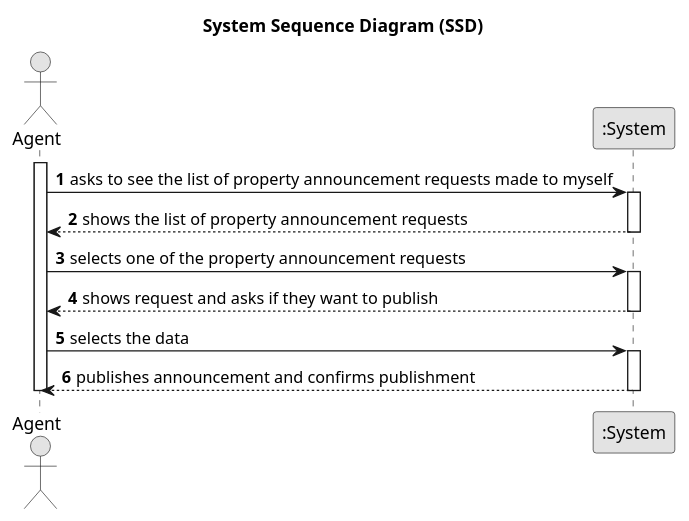
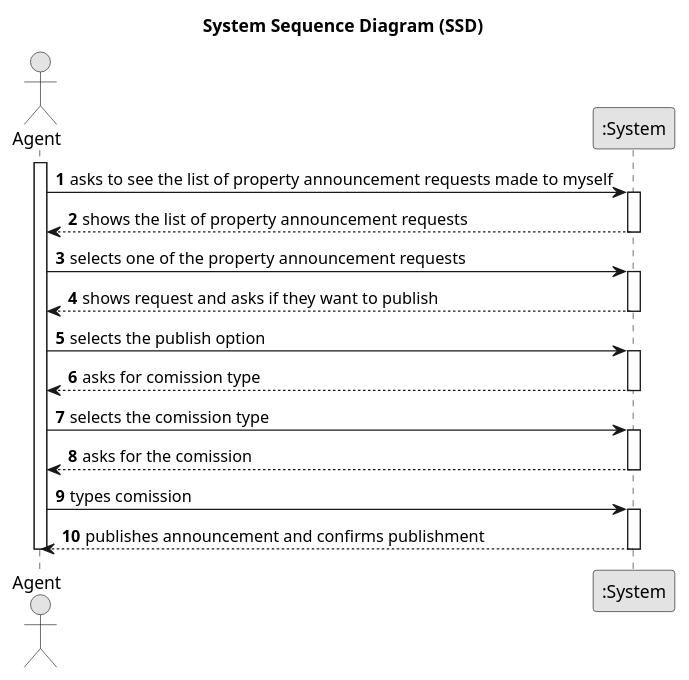
One commit to 1220812/LAPR2 changed the diagram in docs/sprintC/us008/01.requirements-engineering/puml/us008-system-sequence-diagram.puml. Above: the diagram before and after it, drawn with PlantUML. The commit also changed 6 other files, not shown here.

```diff
--- a/docs/sprintC/us008/01.requirements-engineering/puml/us008-system-sequence-diagram.puml
+++ b/docs/sprintC/us008/01.requirements-engineering/puml/us008-system-sequence-diagram.puml
@@ -1,41 +1,57 @@
 @startuml
 skinparam monochrome true
 skinparam packageStyle rectangle
 skinparam shadowing false
 
 title System Sequence Diagram (SSD)
 
 autonumber
 
 actor "Agent" as Agent
 participant ":System" as System
 
 activate Agent
 
     Agent -> System : asks to see the list of property announcement requests made to myself
 
     activate System
 
         System --> Agent : shows the list of property announcement requests
 
     deactivate System
 
     Agent -> System : selects one of the property announcement requests
 
     activate System
 
         System --> Agent : shows request and asks if they want to publish
 
     deactivate System
 
-    Agent -> System : selects the data
+    Agent -> System : selects the publish option
+
+    activate System
+
+    System --> Agent : asks for comission type
+
+    deactivate System
+
+    Agent -> System : selects the comission type
+
+    activate System
+
+    System --> Agent : asks for the comission
+
+    deactivate System
+
+    Agent -> System : types comission
 
     activate System
 
         System --> Agent : publishes announcement and confirms publishment
 
     deactivate System
 
 deactivate Agent
 
 @enduml
```
